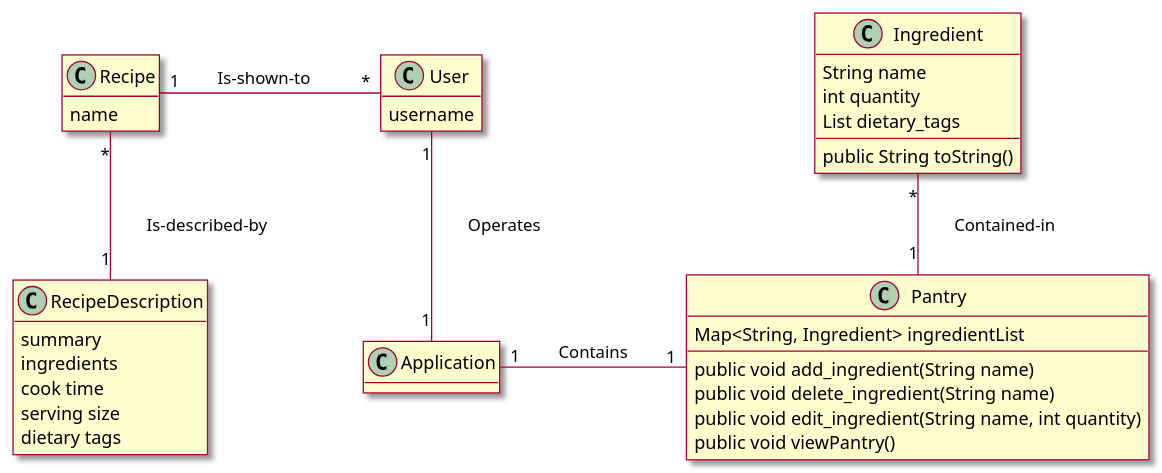
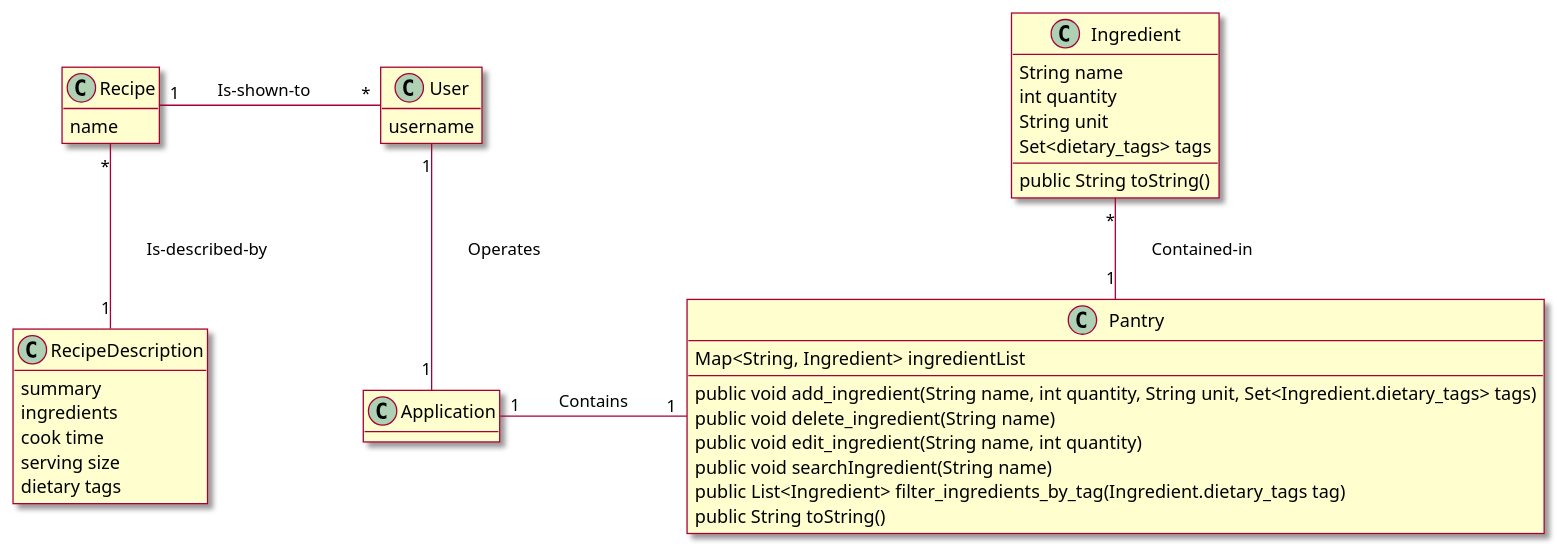
One commit to berthashipper/Pantry-Pal-Android-Application changed the diagram in intellij/doc/class_diagram.md. Above: the diagram before and after it, drawn with PlantUML. The commit also changed 9 other files, not shown here.

Commit message:
Improved pantry functionality and fleshed out new search_ingredient use case

````diff
--- a/intellij/doc/class_diagram.md
+++ b/intellij/doc/class_diagram.md
@@ -1,59 +1,61 @@
 ```plantuml
 @startuml
 
 skin rose
 
 hide empty methods
 ' classes
 
+class Ingredient{
+ String name
+ int quantity
+ String unit
+ Set<dietary_tags> tags
+ __
+ public String toString()
+}
+
 class Pantry{
  Map<String, Ingredient> ingredientList
  --
- public void add_ingredient(String name)
+ public void add_ingredient(String name, int quantity, String unit, Set<Ingredient.dietary_tags> tags)
  public void delete_ingredient(String name)
  public void edit_ingredient(String name, int quantity)
- public void viewPantry()
+ public void searchIngredient(String name)
+ public List<Ingredient> filter_ingredients_by_tag(Ingredient.dietary_tags tag)
+ public String toString()
 }
 
 class Recipe{
  name
 }
 
 class RecipeDescription{
  summary
  ingredients
  cook time
  serving size
  dietary tags
 }
-
-class Ingredient{
- String name
- int quantity
- List dietary_tags
- __
- public String toString()
-}
-
 
 class Application{
 
 }
 
 class User{
  username
 }
 
 
 ' associations
  User "1" -down- "1" Application : \tOperates\t\t
 Application "1" -right- "1" Pantry : \tContains\t\t
 Pantry "1" -up- "*" Ingredient : \tContained-in\t\t
 Recipe "*" -down- "1" RecipeDescription : \tIs-described-by\t\t
 User "*" -left- "1" Recipe : \tIs-shown-to\t\t
 
 
 
 
 @enduml
 ```
````
